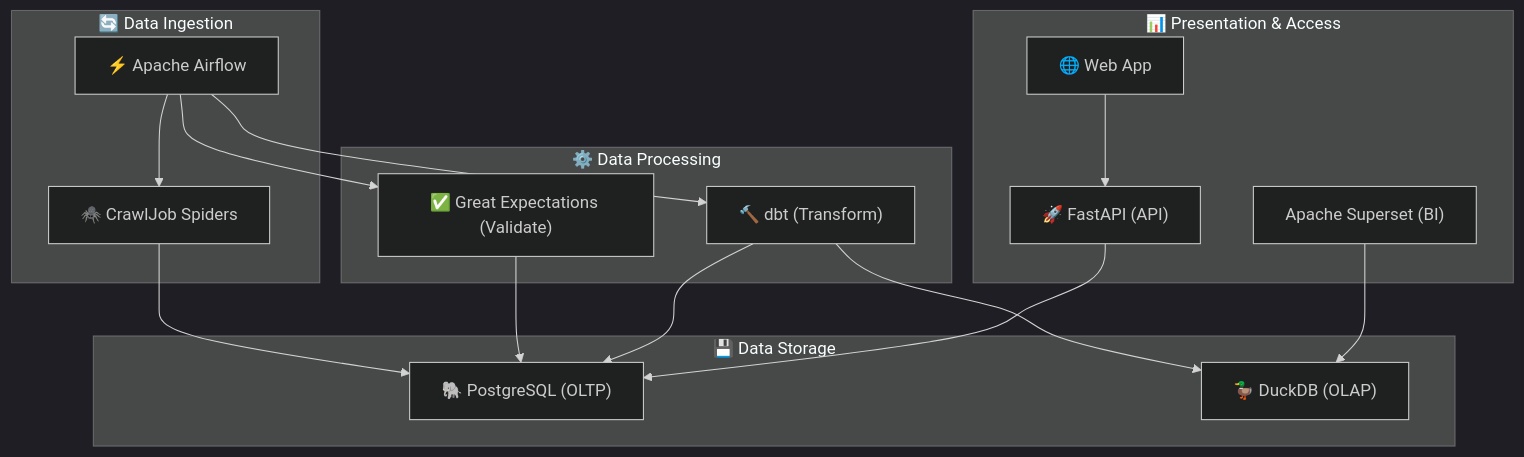
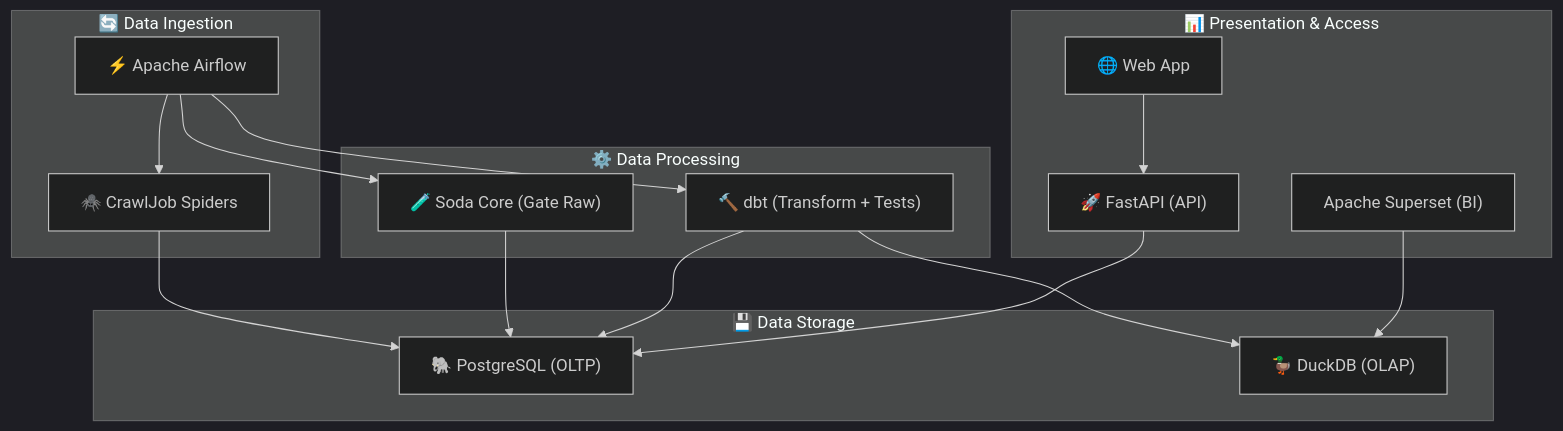
Before and after one commit to thethien8a/Crawl-Jobs: the diagram in README.md, drawn with Mermaid (dark theme). The commit also changed other lines of this file and 23 other files, not shown here.

Commit message:
remove: great expect, add soda

````diff
--- a/README.md
+++ b/README.md
@@ -16,28 +16,28 @@
 ```mermaid
 flowchart TD
     subgraph ingestion["🔄 Data Ingestion"]
         spiders["🕷️ CrawlJob Spiders"]
         airflow["⚡ Apache Airflow"]
     end
     subgraph storage["💾 Data Storage"]
         postgres["🐘 PostgreSQL (OLTP)"]
         duckdb["🦆 DuckDB (OLAP)"]
     end
     subgraph processing["⚙️ Data Processing"]
-        dbt["🔨 dbt (Transform)"]
-        ge["✅ Great Expectations (Validate)"]
+        soda["🧪 Soda Core (Gate Raw)"]
+        dbt["🔨 dbt (Transform + Tests)"]
     end
     subgraph presentation["📊 Presentation & Access"]
         superset["Apache Superset (BI)"]
         fastapi["🚀 FastAPI (API)"]
         webapp["🌐 Web App"]
     end
     airflow --> spiders --> postgres
-    airflow --> ge --> postgres
+    airflow --> soda --> postgres
     airflow --> dbt
     dbt --> postgres
     dbt --> duckdb
     fastapi --> postgres
     webapp --> fastapi
     superset --> duckdb
 ```
````
